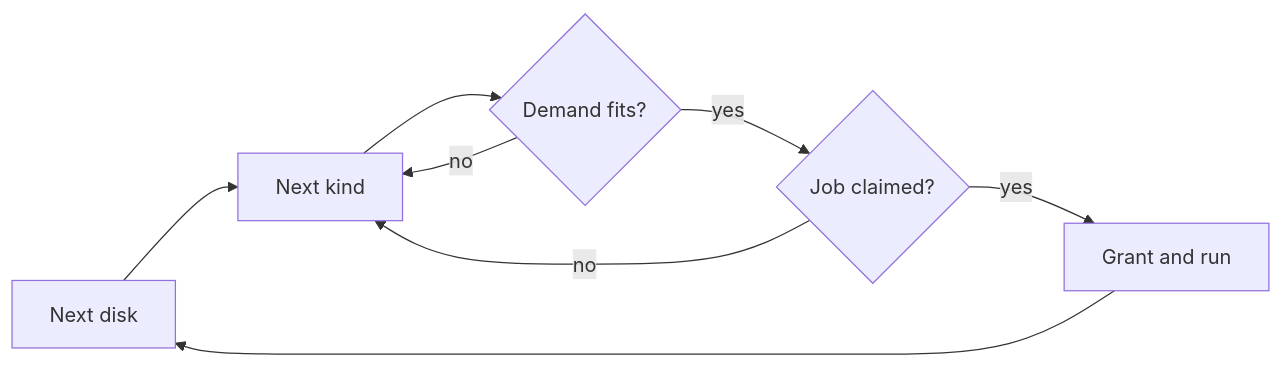
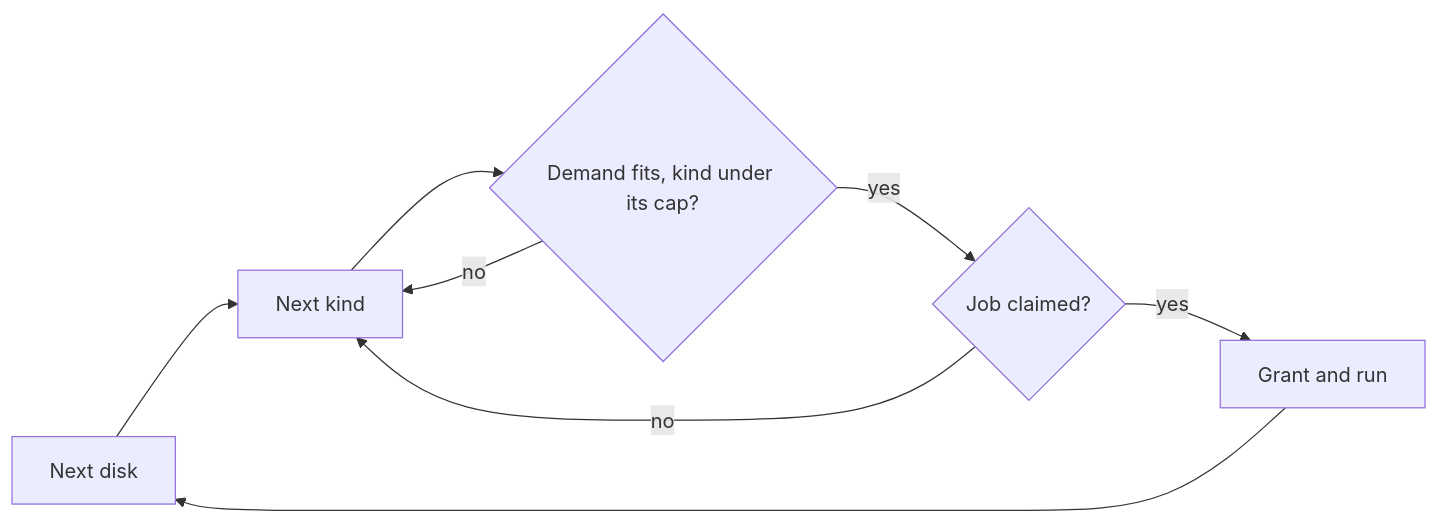
One commit to syudead/vv changed the second of 2 diagrams in docs/design-docs/job-scheduling.md. Above: the diagram before and after it, drawn with Mermaid. The commit also changed other lines of this file and 5 other files, not shown here.

First line of the commit message:
fix(068): cap the running jobs of each kind and the CPU slots

````diff
--- a/docs/design-docs/job-scheduling.md
+++ b/docs/design-docs/job-scheduling.md
@@ -109,10 +134,10 @@
 ```mermaid
 flowchart LR
   disk[Next disk] --> kind[Next kind]
-  kind --> fits{Demand fits?}
+  kind --> fits{Demand fits, kind under its cap?}
   fits -->|no| kind
   fits -->|yes| claim{Job claimed?}
   claim -->|no| kind
   claim -->|yes| grant[Grant and run]
   grant --> disk
 ```
````
